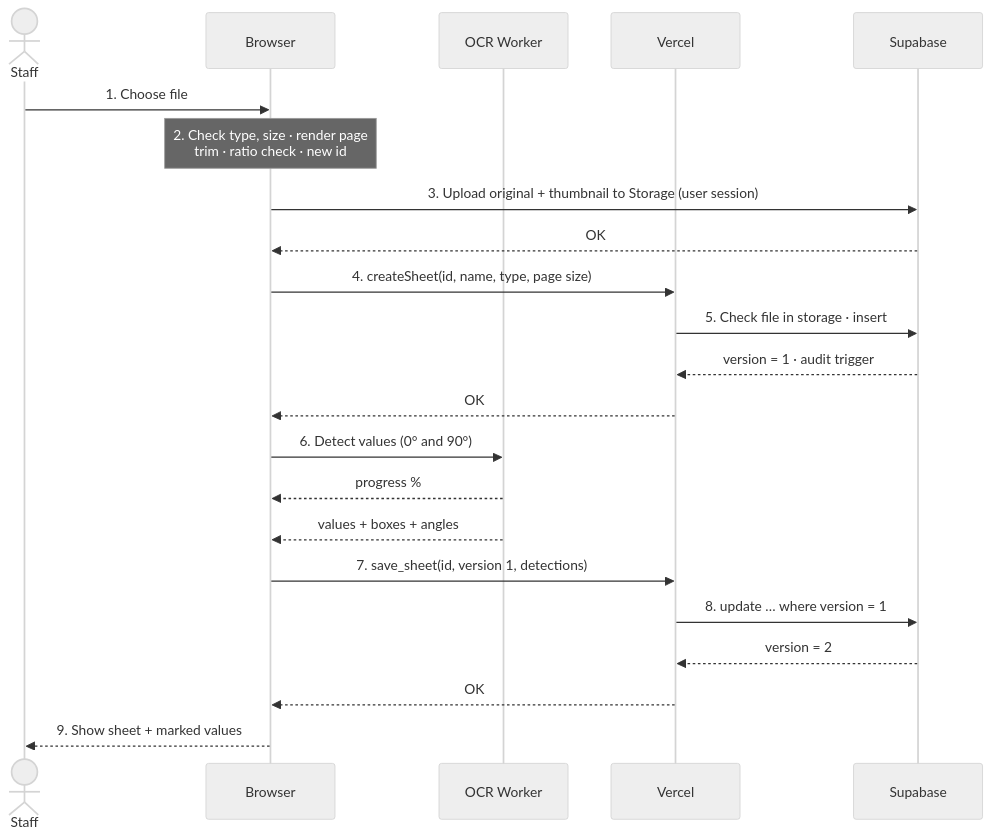
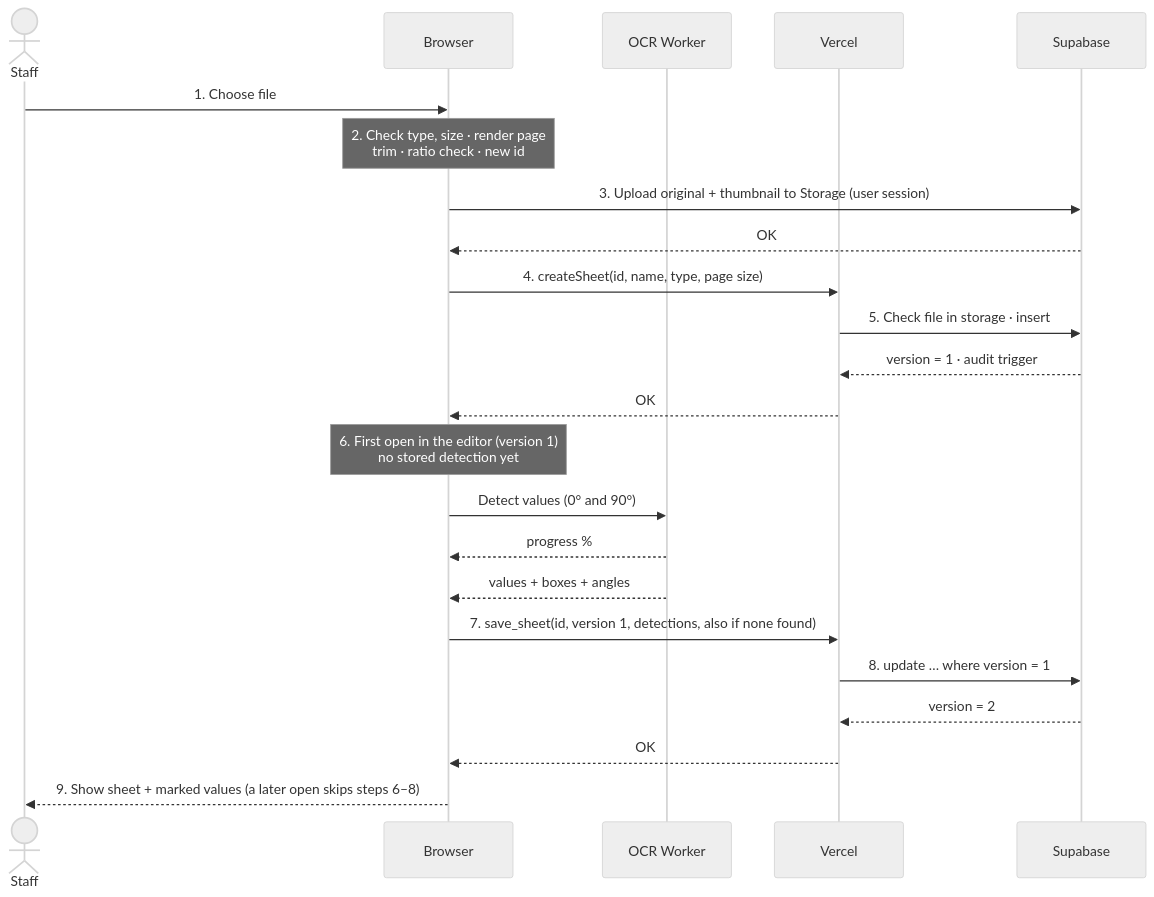
Before and after one commit to quocviet-IT/Spec_Sheet_Editor: the fifth of 6 diagrams in docs/design/spec-sheet-editor-design.md, drawn with Mermaid (neutral theme). The commit also changed other lines of this file and 6 other files, not shown here.

Commit message:
docs: M4a editor core in design, roadmap and setup; list follow-ups from M3

````diff
--- a/docs/design/spec-sheet-editor-design.md
+++ b/docs/design/spec-sheet-editor-design.md
@@ -725,24 +727,25 @@
 ```mermaid
 sequenceDiagram
   actor U as Staff
   participant B as Browser
   participant W as OCR Worker
   participant V as Vercel
   participant S as Supabase
   U->>B: 1. Choose file
   Note over B: 2. Check type, size · render page<br/>trim · ratio check · new id
   B->>S: 3. Upload original + thumbnail to Storage (user session)
   S-->>B: OK
   B->>V: 4. createSheet(id, name, type, page size)
   V->>S: 5. Check file in storage · insert
   S-->>V: version = 1 · audit trigger
   V-->>B: OK
-  B->>W: 6. Detect values (0° and 90°)
+  Note over B: 6. First open in the editor (version 1)<br>no stored detection yet
+  B->>W: Detect values (0° and 90°)
   W-->>B: progress %
   W-->>B: values + boxes + angles
-  B->>V: 7. save_sheet(id, version 1, detections)
+  B->>V: 7. save_sheet(id, version 1, detections, also if none found)
   V->>S: 8. update … where version = 1
   S-->>V: version = 2
   V-->>B: OK
-  B-->>U: 9. Show sheet + marked values
+  B-->>U: 9. Show sheet + marked values (a later open skips steps 6–8)
 ```
````
